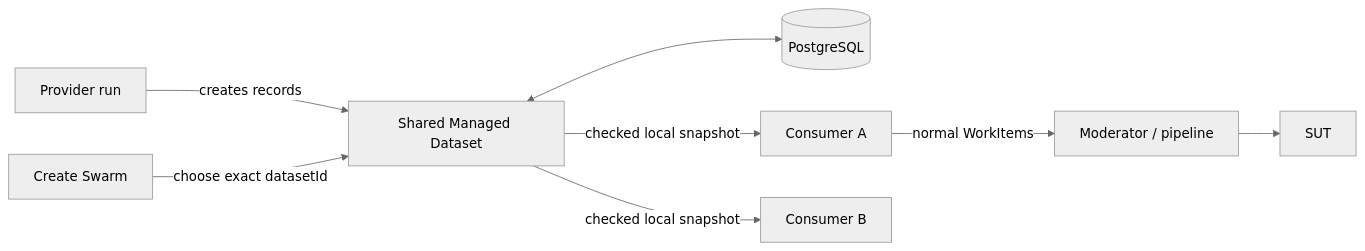
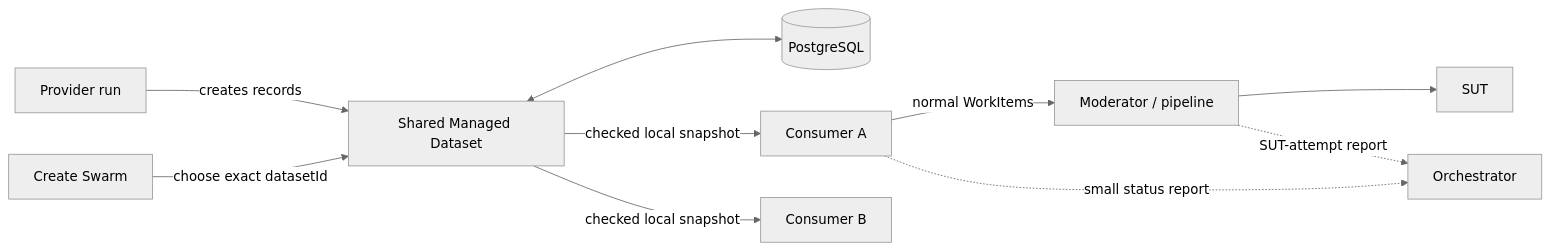
The diagram in docs/inProgress/managed-datasets-team-overview-plain-language.md (sepa79/PocketHive), drawn with Mermaid (neutral theme) before and after one commit. The commit also changed other lines of this file and 3 other files, not shown here.

````diff
--- a/docs/inProgress/managed-datasets-team-overview-plain-language.md
+++ b/docs/inProgress/managed-datasets-team-overview-plain-language.md
@@ -24,10 +24,12 @@
 ```mermaid
 flowchart LR
   P["Provider run"] -->|"creates records"| D["Shared Managed Dataset"]
   D <--> PG[("PostgreSQL")]
   CS["Create Swarm"] -->|"choose exact datasetId"| D
   D -->|"checked local snapshot"| A["Consumer A"]
   D -->|"checked local snapshot"| B["Consumer B"]
   A -->|"normal WorkItems"| M["Moderator / pipeline"]
   M --> S["SUT"]
+  A -.->|"small status report"| O["Orchestrator"]
+  M -.->|"SUT-attempt report"| O
 ```
````
